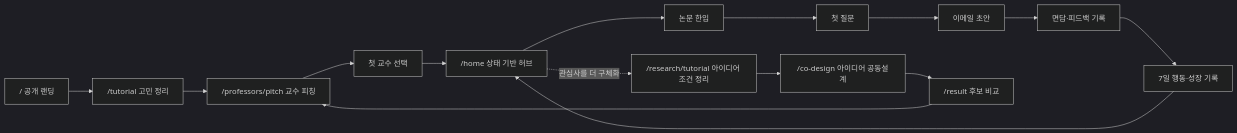
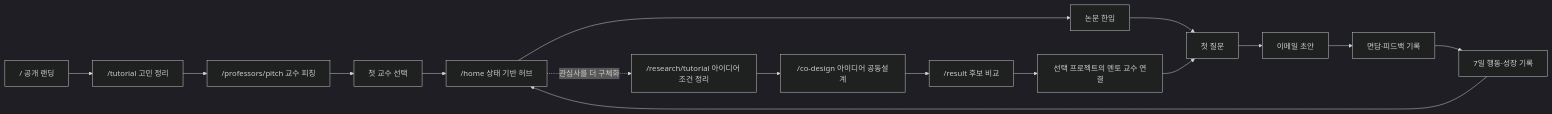
The first of 2 diagrams in docs/SERVICE_FLOW.md (Suya020504/MajorEvolutionHomepage-demo-private), drawn with Mermaid (dark theme) before and after one commit. The commit also changed other lines of this file and 20 other files, not shown here.

````diff
--- a/docs/SERVICE_FLOW.md
+++ b/docs/SERVICE_FLOW.md
@@ -15,18 +15,19 @@
 ```mermaid
 flowchart LR
   L["/ 공개 랜딩"] --> T["/tutorial 고민 정리"]
   T --> P["/professors/pitch 교수 피칭"]
   P --> S["첫 교수 선택"]
   S --> H["/home 상태 기반 허브"]
   H --> R["논문 한입"]
   R --> Q["첫 질문"]
   Q --> E["이메일 초안"]
   E --> M["면담·피드백 기록"]
   M --> D["7일 행동·성장 기록"]
   D --> H
 
   H -. "관심사를 더 구체화" .-> I["/research/tutorial 아이디어 조건 정리"]
   I --> C["/co-design 아이디어 공동설계"]
   C --> O["/result 후보 비교"]
-  O --> P
+  O --> PM["선택 프로젝트의 멘토 교수 연결"]
+  PM --> Q
 ```
````
